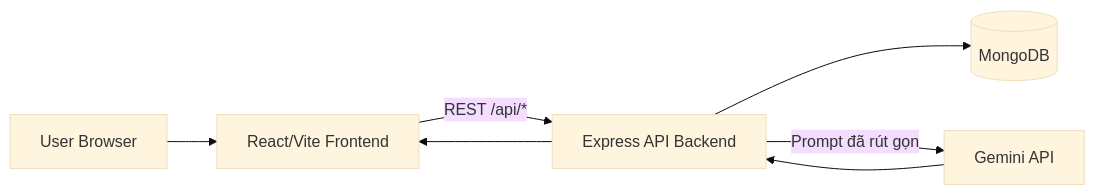
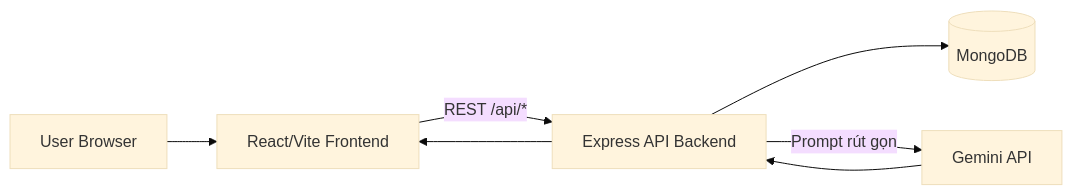
The first of 6 diagrams in ecommerce/PROJECT_SUMMARY.md (QuangFabbier/DATN), drawn with Mermaid (base theme) before and after one commit. The commit also changed other lines of this file, not shown here.

````diff
--- a/ecommerce/PROJECT_SUMMARY.md
+++ b/ecommerce/PROJECT_SUMMARY.md
@@ -58,15 +60,15 @@
 ```mermaid
 flowchart LR
   U[User Browser]
   FE[React/Vite Frontend]
   BE[Express API Backend]
   DB[(MongoDB)]
   AI[Gemini API]
 
   U --> FE
   FE -->|REST /api/*| BE
   BE --> DB
-  BE -->|Prompt đã rút gọn| AI
+  BE -->|Prompt rút gọn| AI
   AI --> BE
   BE --> FE
 ```
````
